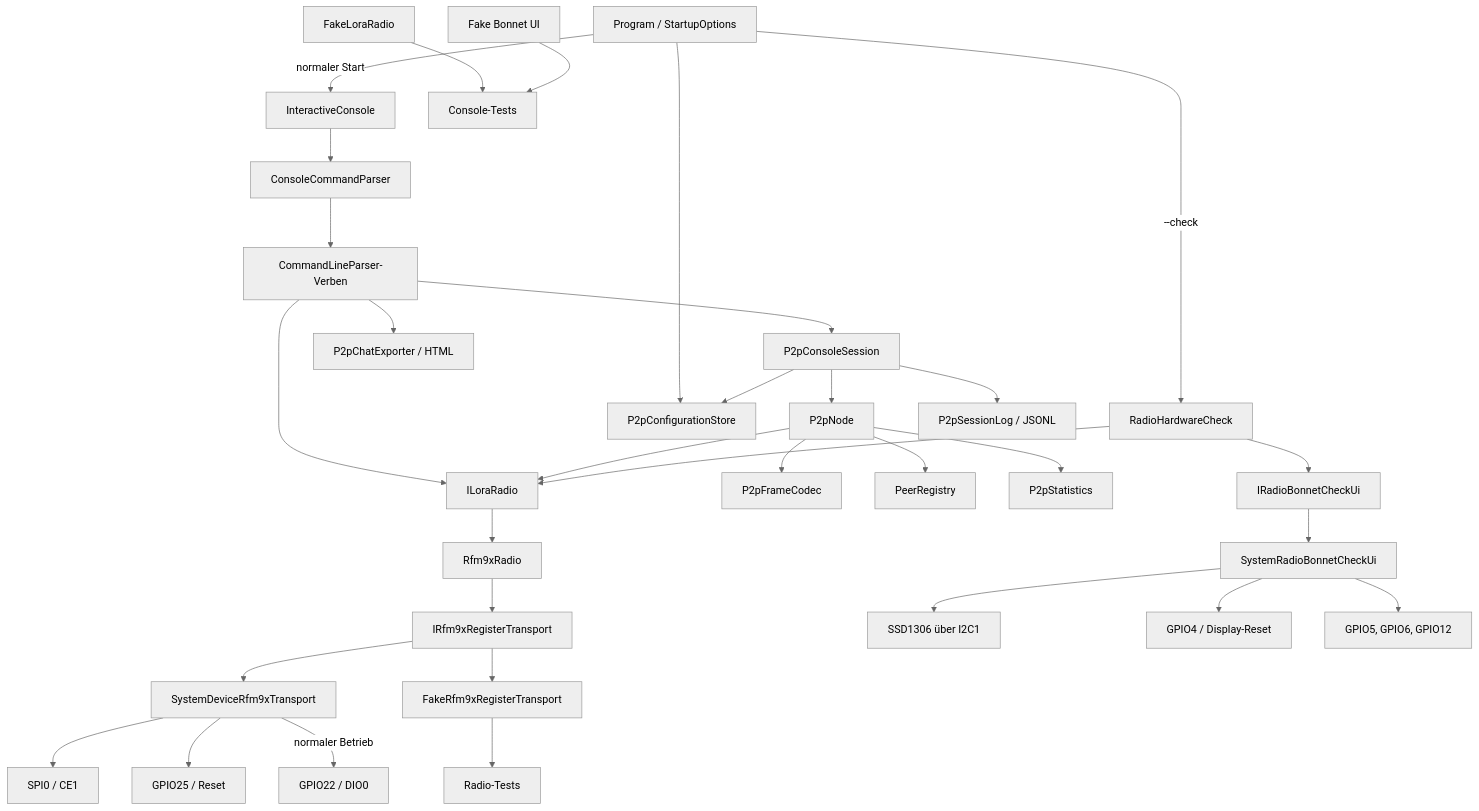
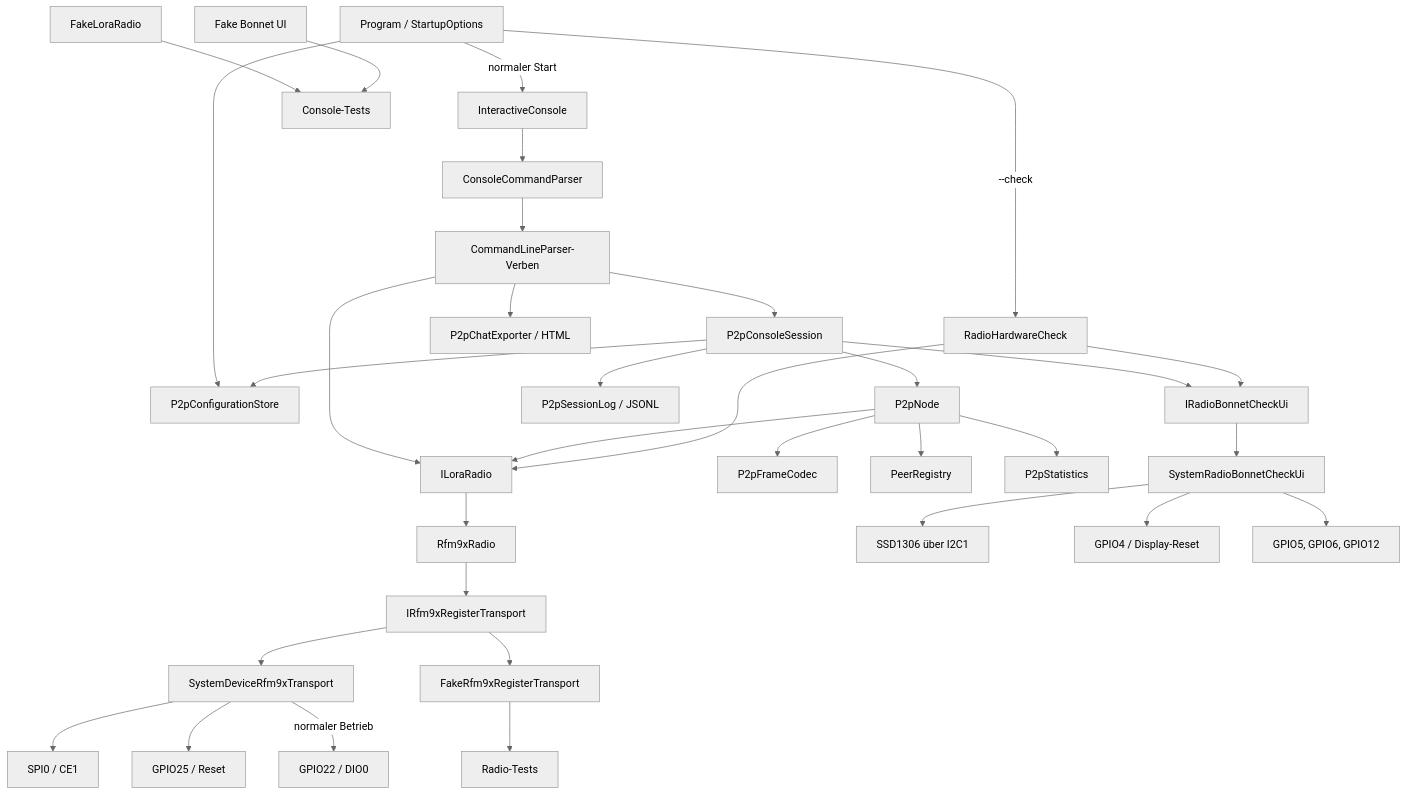
One commit to thomasbiel/LoRaP2P changed the diagram in docs/PRD.md. Above: the diagram before and after it, drawn with Mermaid (neutral theme). The commit also changed other lines of this file and 10 other files, not shown here.

````diff
--- a/docs/PRD.md
+++ b/docs/PRD.md
@@ -177,42 +177,43 @@
 ```mermaid
 flowchart TD
     PROGRAM[Program / StartupOptions]
 
     PROGRAM -->|normaler Start| CLI[InteractiveConsole]
     PROGRAM -->|--check| CHECK[RadioHardwareCheck]
     PROGRAM --> P2P_CONFIG[P2pConfigurationStore]
 
     CLI --> PARSER[ConsoleCommandParser]
     PARSER --> VERBS[CommandLineParser-Verben]
     VERBS --> API[ILoraRadio]
     VERBS --> SESSION[P2pConsoleSession]
     SESSION --> P2P_NODE[P2pNode]
     SESSION --> P2P_CONFIG
     SESSION --> SESSION_LOG[P2pSessionLog / JSONL]
+    SESSION --> BONNET_API
     VERBS --> EXPORT[P2pChatExporter / HTML]
     P2P_NODE --> CODEC[P2pFrameCodec]
     P2P_NODE --> PEERS[PeerRegistry]
     P2P_NODE --> STATS[P2pStatistics]
     P2P_NODE --> API
     CHECK --> API
     CHECK --> BONNET_API[IRadioBonnetCheckUi]
 
     API --> RADIO[Rfm9xRadio]
     RADIO --> PORT[IRfm9xRegisterTransport]
 
     PORT --> PI[SystemDeviceRfm9xTransport]
     PORT --> FAKE_TRANSPORT[FakeRfm9xRegisterTransport]
 
     PI --> SPI[SPI0 / CE1]
     PI --> RESET[GPIO25 / Reset]
     PI -->|normaler Betrieb| DIO0[GPIO22 / DIO0]
 
     BONNET_API --> BONNET[SystemRadioBonnetCheckUi]
     BONNET --> OLED[SSD1306 über I2C1]
     BONNET --> DISPLAY_RESET[GPIO4 / Display-Reset]
     BONNET --> BUTTONS[GPIO5, GPIO6, GPIO12]
 
     FAKE_RADIO[FakeLoraRadio] --> CONSOLE_TESTS[Console-Tests]
     FAKE_BONNET[Fake Bonnet UI] --> CONSOLE_TESTS
     FAKE_TRANSPORT --> RADIO_TESTS[Radio-Tests]
 ```
````
